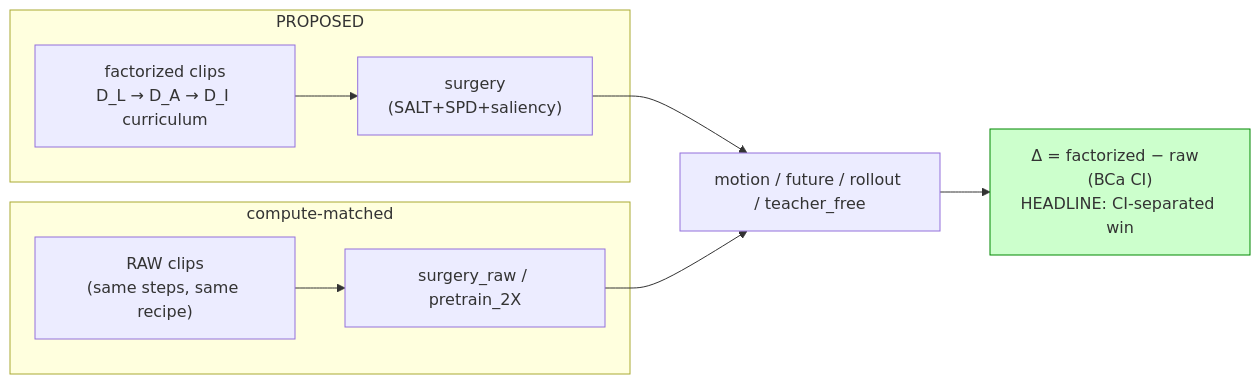
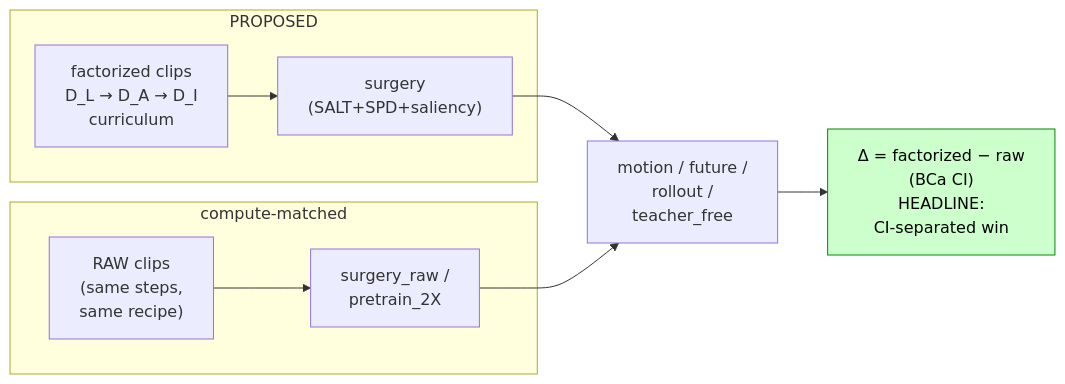
One commit to kapilw25/LLM_asAgent_3D_SR changed the third of 3 diagrams in iter/iter18_ablations_FTtechniues/plan_baselines_roadmap.md. Above: the diagram before and after it, drawn with Mermaid. The commit also changed other lines of this file and 5 other files, not shown here.

````diff
--- a/iter/iter18_ablations_FTtechniues/plan_baselines_roadmap.md
+++ b/iter/iter18_ablations_FTtechniues/plan_baselines_roadmap.md
@@ -341,13 +342,13 @@
 ```mermaid
 flowchart LR
     subgraph PROPOSED
-      F["factorized clips\nD_L → D_A → D_I curriculum"] --> SF["surgery\n(SALT+SPD+saliency)"]
+      F["factorized clips<br>D_L → D_A → D_I<br>curriculum"] --> SF["surgery<br>(SALT+SPD+saliency)"]
     end
     subgraph CONTROL["compute-matched"]
-      R["RAW clips\n(same steps, same recipe)"] --> SR["surgery_raw / pretrain_2X"]
+      R["RAW clips<br>(same steps,<br>same recipe)"] --> SR["surgery_raw /<br>pretrain_2X"]
     end
-    SF --> M1["motion / future / rollout / teacher_free"]
+    SF --> M1["motion / future /<br>rollout /<br>teacher_free"]
     SR --> M1
-    M1 --> D["Δ = factorized − raw  (BCa CI)\nHEADLINE: CI-separated win"]
-    style D fill:#cfc,stroke:#080
+    M1 --> D["Δ = factorized − raw<br>(BCa CI)<br>HEADLINE:<br>CI-separated win"]
+    style D fill:#cfc,stroke:#080,color:#000
 ```
````
